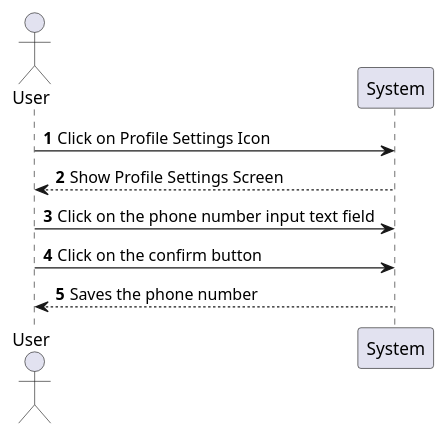
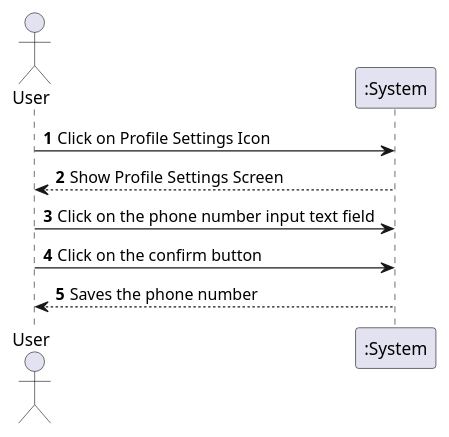
The diagram in UMLs/SSDs/uml/UCPSS_UCSSD/UCPSS4_UCSSD.puml (VitorHTeixeira/DSSMV_ProjectDroid_1232067_1241131_1241008), drawn with PlantUML before and after one commit. The commit also changed 119 other files, not shown here.

First line of the commit message:
Docs: Adição e atualização de diagramas UML e de sequência

```diff
--- a/UMLs/SSDs/uml/UCPSS_UCSSD/UCPSS4_UCSSD.puml
+++ b/UMLs/SSDs/uml/UCPSS_UCSSD/UCPSS4_UCSSD.puml
@@ -1,16 +1,16 @@
 @startuml
 'https://plantuml.com/sequence-diagram
 
 autonumber
 
 Actor "User" as user
-participant "System" as sys
+participant ":System" as sys
 
 user -> sys : Click on Profile Settings Icon
 user <-- sys : Show Profile Settings Screen
 
 user -> sys : Click on the phone number input text field
 user -> sys : Click on the confirm button
 user <-- sys : Saves the phone number
 
 @enduml
```
